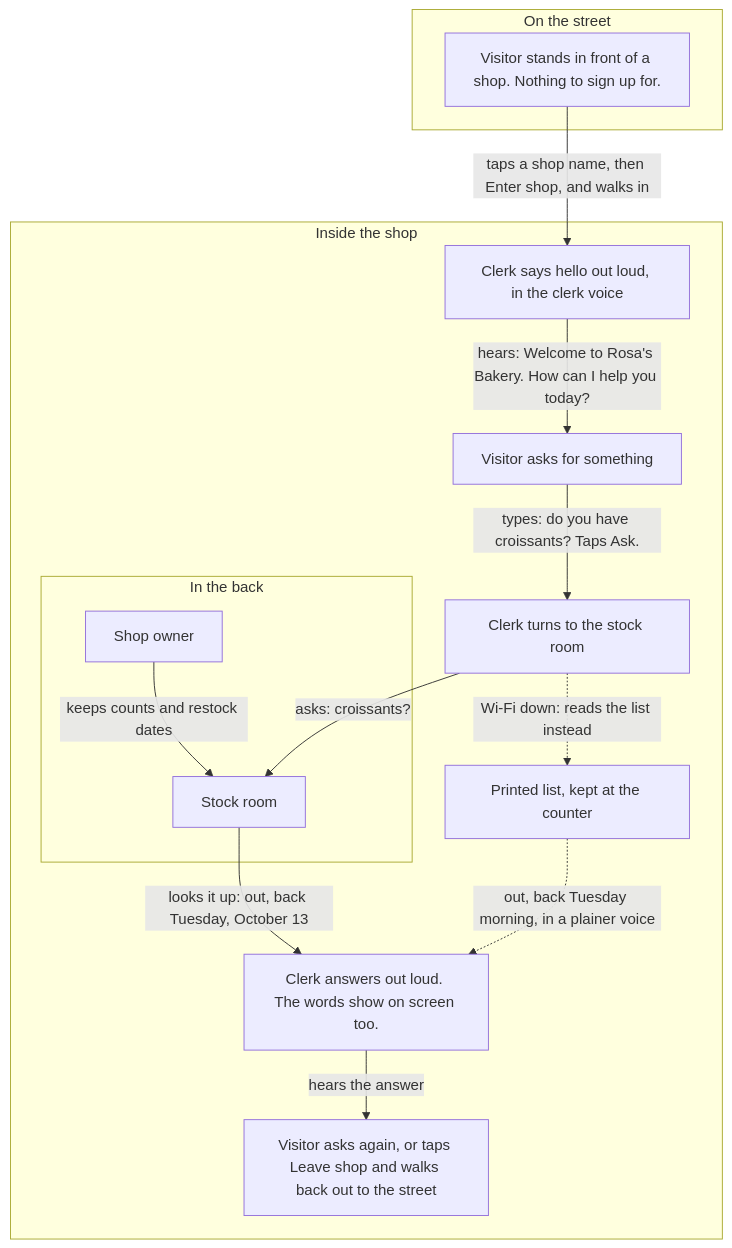
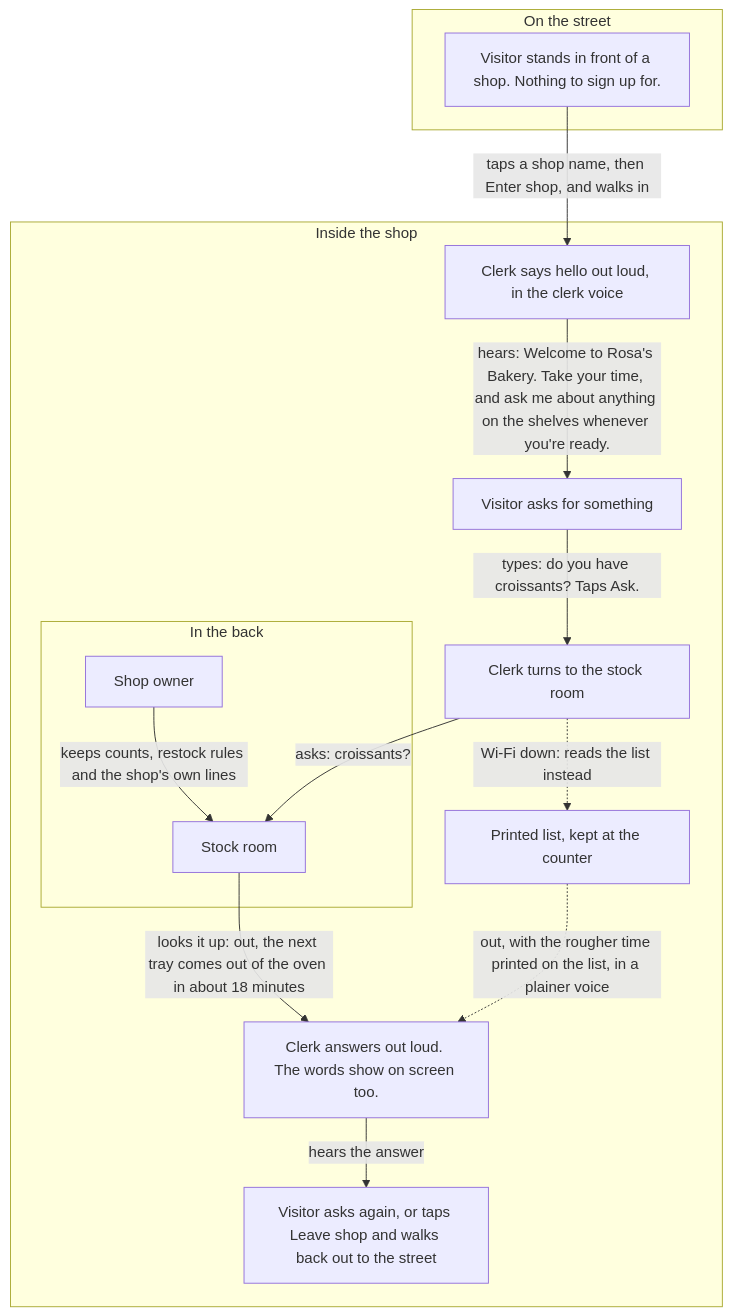
Before and after one commit to SergioB03/Peripie: the diagram in docs/user-flow.md, drawn with Mermaid. The commit also changed other lines of this file and 4 other files, not shown here.

First line of the commit message:
docs: the stock room now holds rules and notes; oven times replace Tuesday

````diff
--- a/docs/user-flow.md
+++ b/docs/user-flow.md
@@ -5,27 +5,27 @@
 ```mermaid
 flowchart TD
     subgraph s1["On the street"]
         A["Visitor stands in front of a shop. Nothing to sign up for."]
     end
     subgraph s2["Inside the shop"]
         B["Clerk says hello out loud, in the clerk voice"]
         C["Visitor asks for something"]
         D["Clerk turns to the stock room"]
         subgraph s3["In the back"]
             O["Shop owner"]
             S["Stock room"]
         end
         L["Printed list, kept at the counter"]
         E["Clerk answers out loud. The words show on screen too."]
         F["Visitor asks again, or taps Leave shop and walks back out to the street"]
     end
     A -->|"taps a shop name, then Enter shop, and walks in"| B
-    B -->|"hears: Welcome to Rosa's Bakery. How can I help you today?"| C
+    B -->|"hears: Welcome to Rosa's Bakery. Take your time, and ask me about anything on the shelves whenever you're ready."| C
     C -->|"types: do you have croissants? Taps Ask."| D
     D -->|"asks: croissants?"| S
-    S -->|"looks it up: out, back Tuesday, October 13"| E
+    S -->|"looks it up: out, the next tray comes out of the oven in about 18 minutes"| E
     D -.->|"Wi-Fi down: reads the list instead"| L
-    L -.->|"out, back Tuesday morning, in a plainer voice"| E
+    L -.->|"out, with the rougher time printed on the list, in a plainer voice"| E
     E -->|"hears the answer"| F
-    O -->|"keeps counts and restock dates"| S
+    O -->|"keeps counts, restock rules and the shop's own lines"| S
 ```
````
